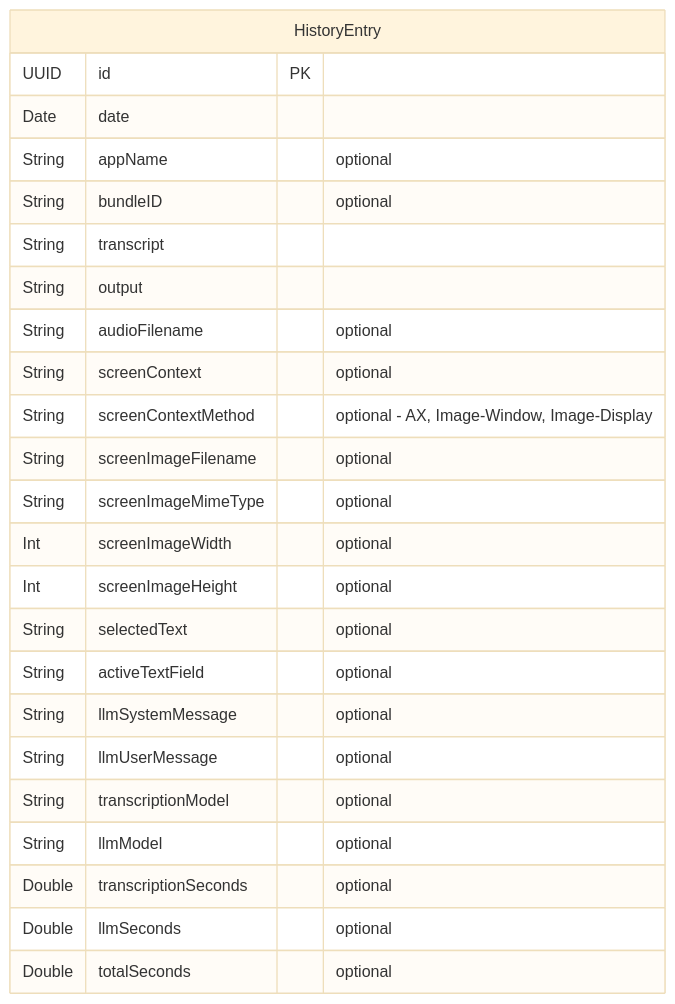
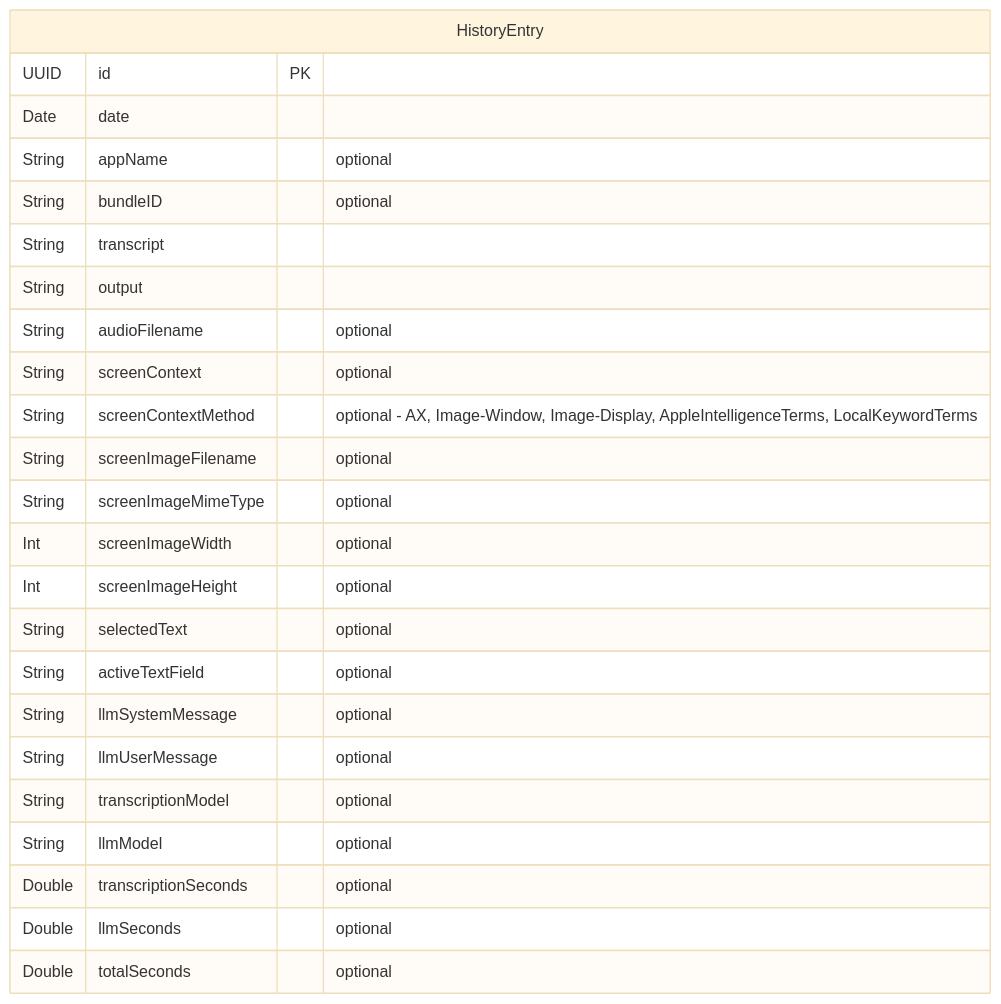
One commit to dkapo88/WonderWhisper-macOS changed the second of 10 diagrams in datamodel.md. Above: the diagram before and after it, drawn with Mermaid (base theme). The commit also changed other lines of this file and 7 other files, not shown here.

Commit message:
feat: improve screen context OCR preprocessing

````diff
--- a/datamodel.md
+++ b/datamodel.md
@@ -86,27 +86,27 @@
 ```mermaid
 erDiagram
     HistoryEntry {
         UUID id PK
         Date date
         String appName "optional"
         String bundleID "optional"
         String transcript
         String output
         String audioFilename "optional"
         String screenContext "optional"
-        String screenContextMethod "optional - AX, Image-Window, Image-Display"
+        String screenContextMethod "optional - AX, Image-Window, Image-Display, AppleIntelligenceTerms, LocalKeywordTerms"
         String screenImageFilename "optional"
         String screenImageMimeType "optional"
         Int screenImageWidth "optional"
         Int screenImageHeight "optional"
         String selectedText "optional"
         String activeTextField "optional"
         String llmSystemMessage "optional"
         String llmUserMessage "optional"
         String transcriptionModel "optional"
         String llmModel "optional"
         Double transcriptionSeconds "optional"
         Double llmSeconds "optional"
         Double totalSeconds "optional"
     }
 ```
````
